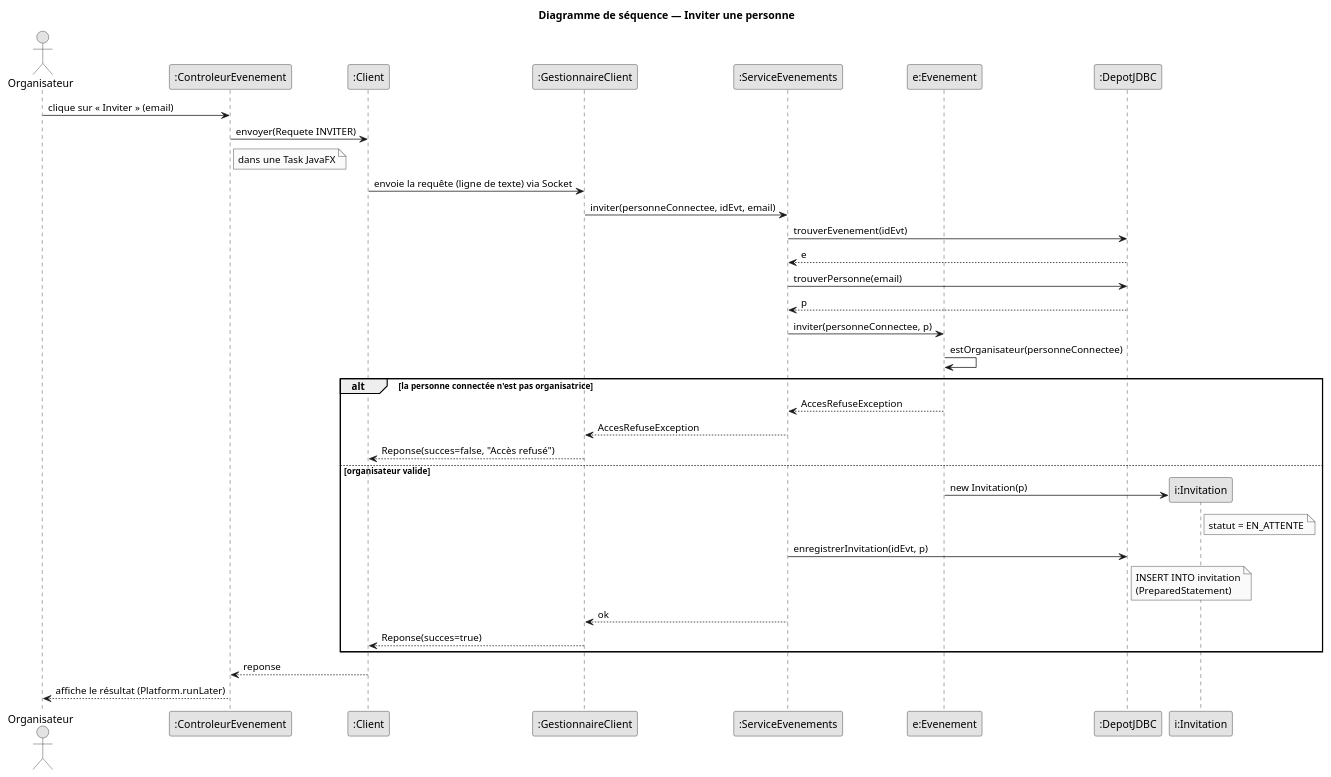
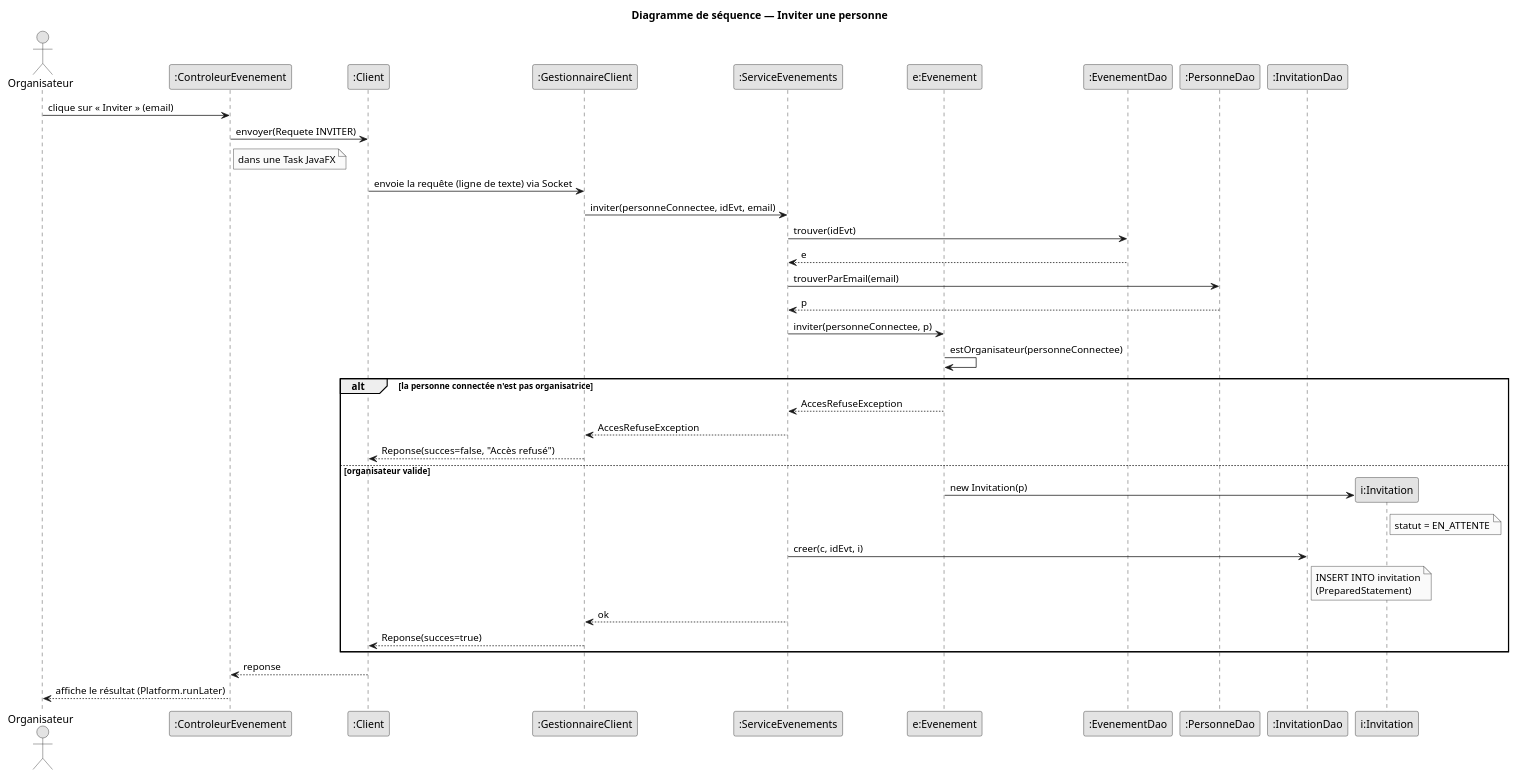
The diagram in doc/uml/sequence-invitation.puml (Tactiis239/gestion-event), drawn with PlantUML before and after one commit. The commit also changed 15 other files, not shown here.

```diff
--- a/doc/uml/sequence-invitation.puml
+++ b/doc/uml/sequence-invitation.puml
@@ -1,42 +1,44 @@
 @startuml sequence-invitation
 skinparam shadowing false
 skinparam monochrome true
 skinparam defaultFontName Helvetica
 
 title Diagramme de séquence — Inviter une personne
 
 actor Organisateur
 participant ":ControleurEvenement" as IHM
 participant ":Client" as C
 participant ":GestionnaireClient" as GC
 participant ":ServiceEvenements" as S
 participant "e:Evenement" as E
-participant ":DepotJDBC" as D
+participant ":EvenementDao" as D
+participant ":PersonneDao" as P
+participant ":InvitationDao" as ID
 
 Organisateur -> IHM : clique sur « Inviter » (email)
 IHM -> C : envoyer(Requete INVITER)
 note right of IHM : dans une Task JavaFX
 C -> GC : envoie la requête (ligne de texte) via Socket
 GC -> S : inviter(personneConnectee, idEvt, email)
-S -> D : trouverEvenement(idEvt)
+S -> D : trouver(idEvt)
 D --> S : e
-S -> D : trouverPersonne(email)
-D --> S : p
+S -> P : trouverParEmail(email)
+P --> S : p
 S -> E : inviter(personneConnectee, p)
 E -> E : estOrganisateur(personneConnectee)
 alt la personne connectée n'est pas organisatrice
   E --> S : AccesRefuseException
   S --> GC : AccesRefuseException
   GC --> C : Reponse(succes=false, "Accès refusé")
 else organisateur valide
   create participant "i:Invitation" as I
   E -> I : new Invitation(p)
   note right of I : statut = EN_ATTENTE
-  S -> D : enregistrerInvitation(idEvt, p)
-  note right of D : INSERT INTO invitation\n(PreparedStatement)
+  S -> ID : creer(c, idEvt, i)
+  note right of ID : INSERT INTO invitation\n(PreparedStatement)
   S --> GC : ok
   GC --> C : Reponse(succes=true)
 end
 C --> IHM : reponse
 IHM --> Organisateur : affiche le résultat (Platform.runLater)
 @enduml
```
